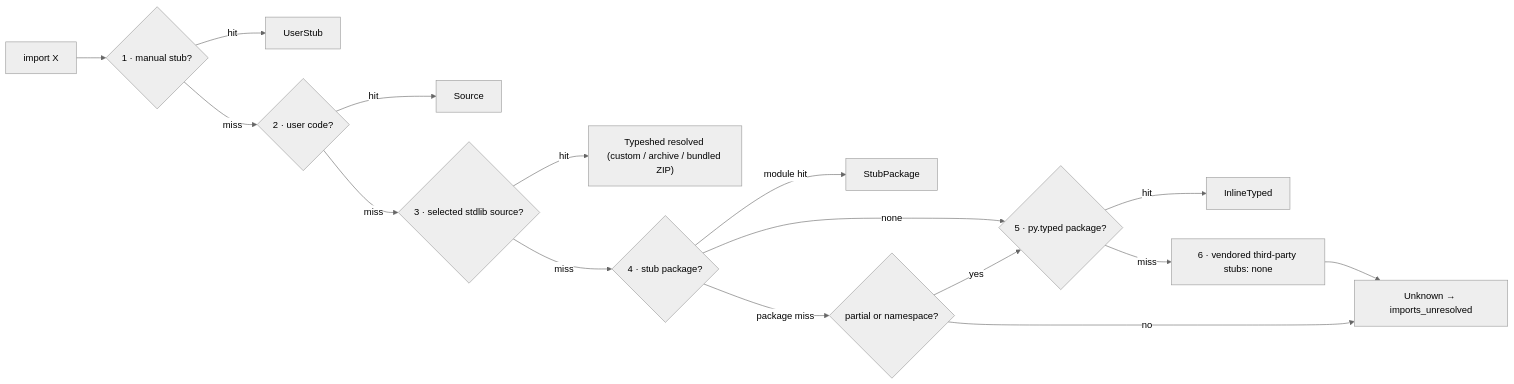
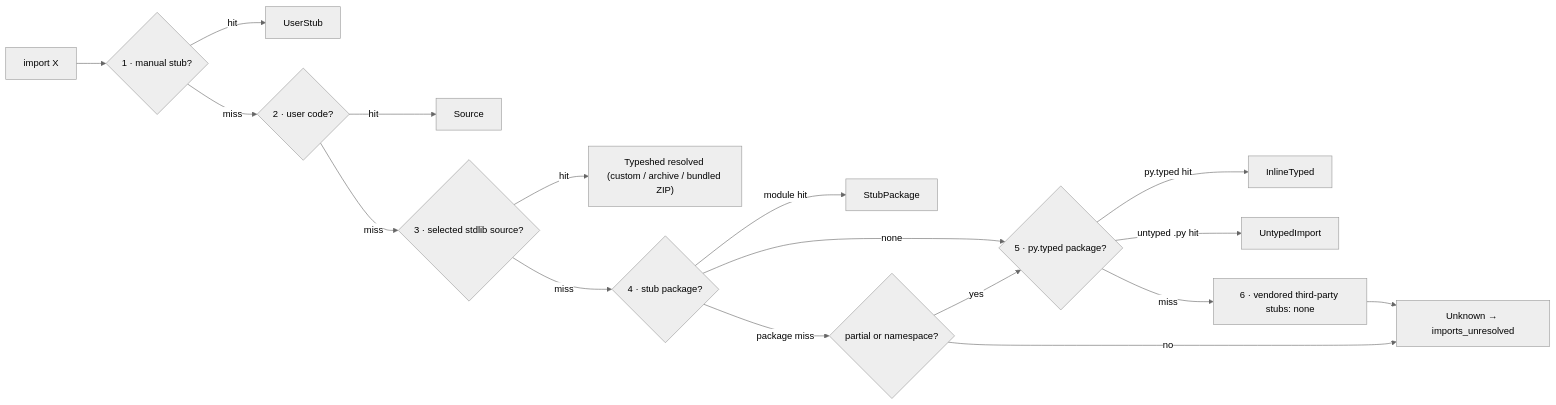
The diagram in docs/specs/CHECKER-STUB-RESOLUTION-SPEC.md (Nimblesite/Basilisk), drawn with Mermaid (neutral theme) before and after one commit. The commit also changed other lines of this file and 115 other files, not shown here.

````diff
--- a/docs/specs/CHECKER-STUB-RESOLUTION-SPEC.md
+++ b/docs/specs/CHECKER-STUB-RESOLUTION-SPEC.md
@@ -159,18 +169,19 @@
 ```mermaid
 flowchart LR
     A["import X"] --> S1{"1 · manual stub?"}
     S1 -- hit --> R1["UserStub"]
     S1 -- miss --> S2{"2 · user code?"}
     S2 -- hit --> R2["Source"]
     S2 -- miss --> S3{"3 · selected stdlib source?"}
     S3 -- hit --> R3["Typeshed resolved (custom / archive / bundled ZIP)"]
     S3 -- miss --> S4{"4 · stub package?"}
     S4 -- module hit --> R4["StubPackage"]
     S4 -- none --> S5{"5 · py.typed package?"}
     S4 -- package miss --> P4{"partial or namespace?"}
     P4 -- yes --> S5
     P4 -- no --> U
-    S5 -- hit --> R5["InlineTyped"]
+    S5 -- py.typed hit --> R5["InlineTyped"]
+    S5 -- untyped .py hit --> R5U["UntypedImport"]
     S5 -- miss --> S6["6 · vendored third-party stubs: none"]
     S6 --> U["Unknown → imports_unresolved"]
 ```
````
